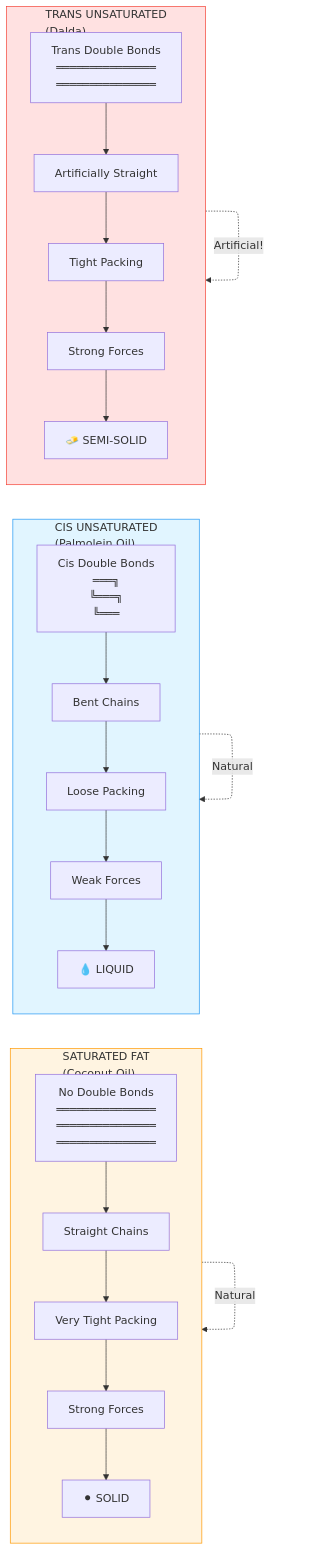
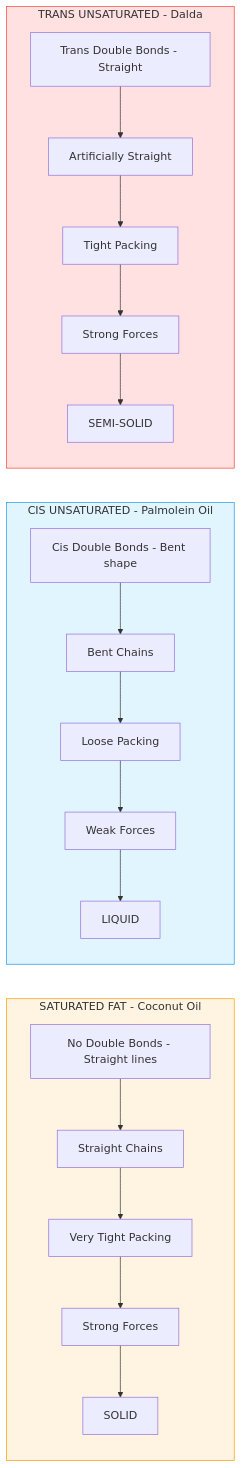
One commit to actionanand/arblogz changed the sixth of 9 diagrams in src/content/blog/dalda-trans-fats-history.mdx. Above: the diagram before and after it, drawn with Mermaid. The commit also changed other lines of this file, not shown here.

````diff
--- a/src/content/blog/dalda-trans-fats-history.mdx
+++ b/src/content/blog/dalda-trans-fats-history.mdx
@@ -517,40 +517,36 @@
 ```mermaid
 flowchart LR
-    subgraph S1["SATURATED FAT<br/>(Coconut Oil)"]
+    subgraph S1["SATURATED FAT - Coconut Oil"]
         direction TB
-        A1["No Double Bonds<br/>═══════════════<br/>═══════════════<br/>═══════════════"]
+        A1["No Double Bonds - Straight lines"]
         A2["Straight Chains"]
         A3["Very Tight Packing"]
         A4["Strong Forces"]
-        A5["⚫ SOLID"]
+        A5["SOLID"]
         A1 --> A2 --> A3 --> A4 --> A5
     end
     
-    subgraph S2["CIS UNSATURATED<br/>(Palmolein Oil)"]
+    subgraph S2["CIS UNSATURATED - Palmolein Oil"]
         direction TB
-        B1["Cis Double Bonds<br/>═══╗<br/>   ╚═══╗<br/>       ╚═══"]
+        B1["Cis Double Bonds - Bent shape"]
         B2["Bent Chains"]
         B3["Loose Packing"]
         B4["Weak Forces"]
-        B5["💧 LIQUID"]
+        B5["LIQUID"]
         B1 --> B2 --> B3 --> B4 --> B5
     end
     
-    subgraph S3["TRANS UNSATURATED<br/>(Dalda)"]
+    subgraph S3["TRANS UNSATURATED - Dalda"]
         direction TB
-        C1["Trans Double Bonds<br/>═══════════════<br/>═══════════════"]
+        C1["Trans Double Bonds - Straight"]
         C2["Artificially Straight"]
         C3["Tight Packing"]
         C4["Strong Forces"]
-        C5["🧈 SEMI-SOLID"]
+        C5["SEMI-SOLID"]
         C1 --> C2 --> C3 --> C4 --> C5
     end
-    
-    S1 -.Natural.-> S1
-    S2 -.Natural.-> S2
-    S3 -.Artificial!.-> S3
     
     style S1 fill:#fff4e1,stroke:#ff9800
     style S2 fill:#e1f5ff,stroke:#2196f3
     style S3 fill:#ffe1e1,stroke:#f44336
 ```
````
